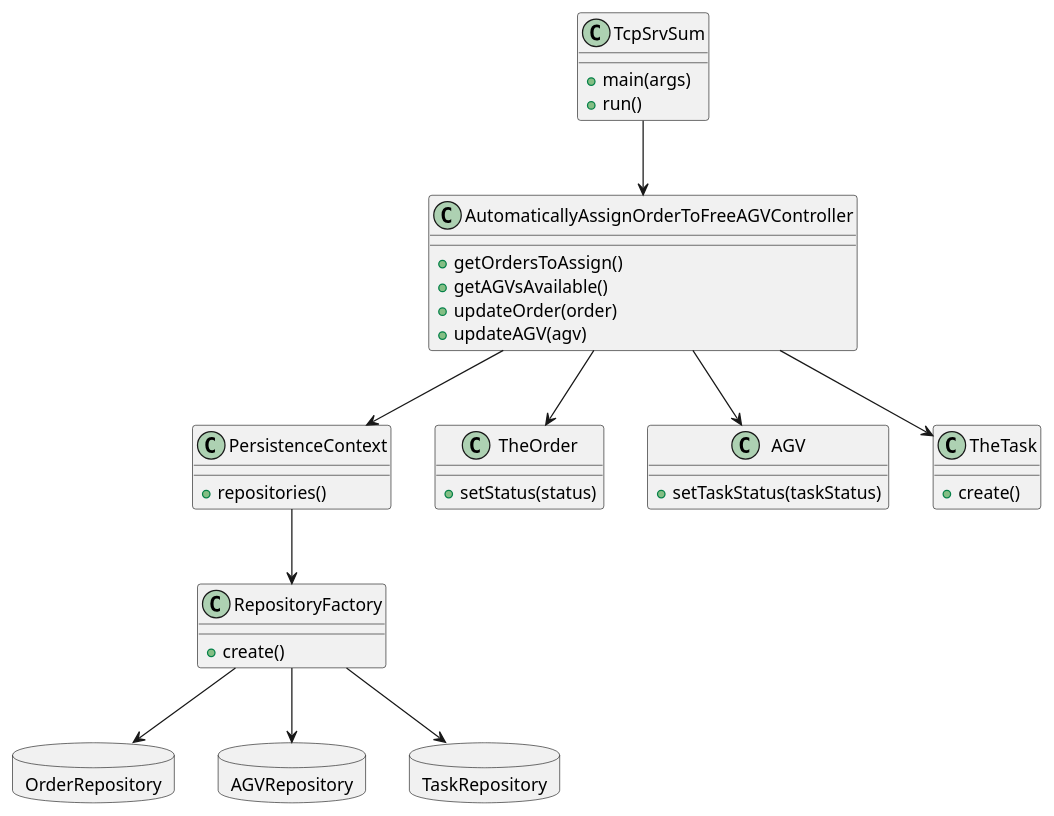
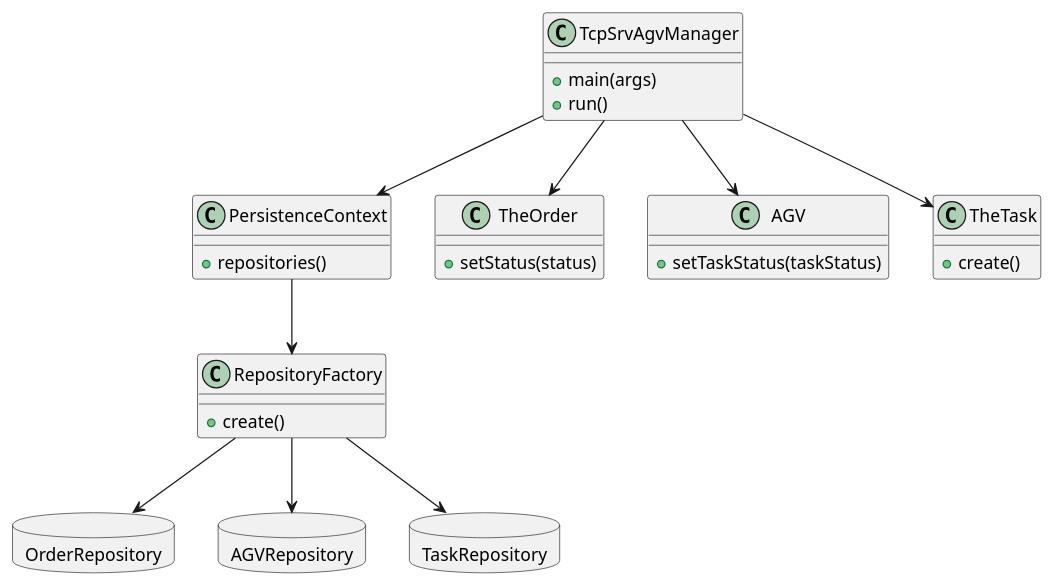
Before and after one commit to ana-albergaria/LAPR4-ISEP: the diagram in docs/1201592/US4002/US_4002_CD.puml, drawn with PlantUML. The commit also changed 6 other files, not shown here.

Commit message:
Issue #13 - Updated AGV digital twin client and agv manager server.

```diff
--- a/docs/1201592/US4002/US_4002_CD.puml
+++ b/docs/1201592/US4002/US_4002_CD.puml
@@ -1,58 +1,49 @@
 @startuml
 
-class TcpSrvSum{
+class TcpSrvAgvManager{
 +main(args)
 +run()
-}
-
-class AutomaticallyAssignOrderToFreeAGVController{
-+getOrdersToAssign()
-+getAGVsAvailable()
-+updateOrder(order)
-+updateAGV(agv)
 }
 
 class PersistenceContext{
 +repositories()
 }
 
 class RepositoryFactory{
 +create()
 }
 
 database OrderRepository{
 }
 
 database AGVRepository{
 }
 
 database TaskRepository{
 }
 
 class TheOrder{
 +setStatus(status)
 }
 
 class AGV{
 +setTaskStatus(taskStatus)
 }
 
 class TheTask{
 +create()
 }
 
-TcpSrvSum --> AutomaticallyAssignOrderToFreeAGVController
-
-AutomaticallyAssignOrderToFreeAGVController --> PersistenceContext
+TcpSrvAgvManager --> PersistenceContext
 
 PersistenceContext --> RepositoryFactory
 
 RepositoryFactory --> OrderRepository
 RepositoryFactory --> AGVRepository
 RepositoryFactory --> TaskRepository
 
-AutomaticallyAssignOrderToFreeAGVController --> TheOrder
-AutomaticallyAssignOrderToFreeAGVController --> AGV
-AutomaticallyAssignOrderToFreeAGVController --> TheTask
+TcpSrvAgvManager --> TheOrder
+TcpSrvAgvManager --> AGV
+TcpSrvAgvManager --> TheTask
 
 @enduml
```
